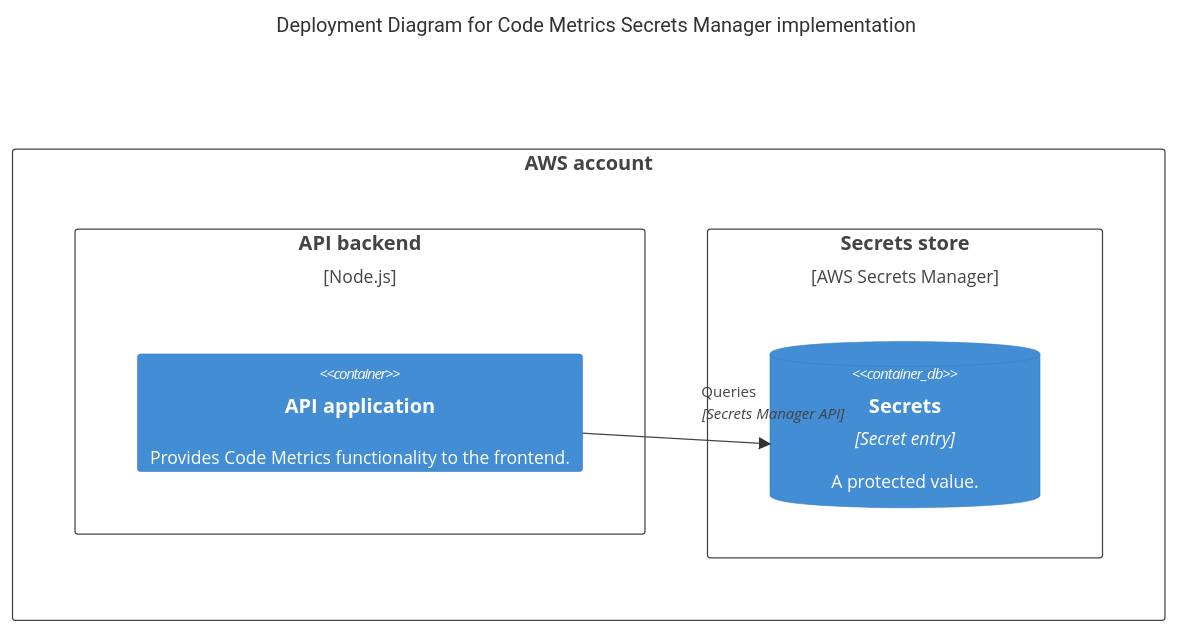
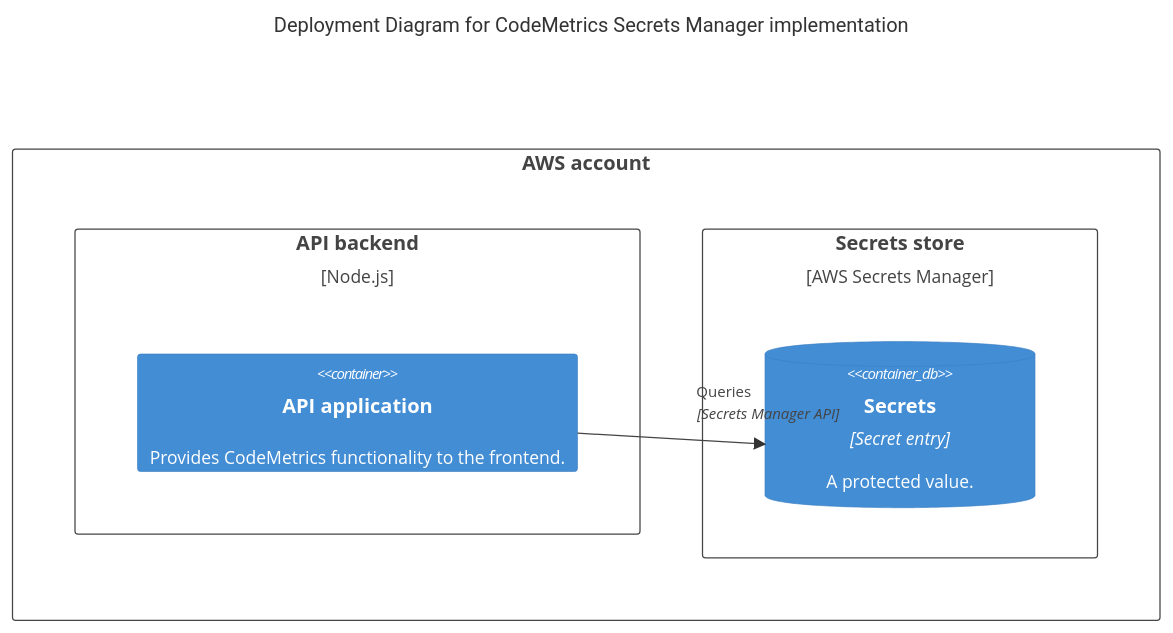
Before and after one commit to code-metrics-project/code-metrics: the diagram in docs/secret_management.md, drawn with Mermaid. The commit also changed other lines of this file and 230 other files, not shown here.

````diff
--- a/docs/secret_management.md
+++ b/docs/secret_management.md
@@ -113,17 +113,17 @@
 ```mermaid
     C4Deployment
-    title Deployment Diagram for Code Metrics Secrets Manager implementation
+    title Deployment Diagram for CodeMetrics Secrets Manager implementation
 
     Deployment_Node(aws, "AWS account", "") {
         Deployment_Node(dn, "API backend", "Node.js") {
-            Container(api, "API application", "", "Provides Code Metrics functionality to the frontend.")
+            Container(api, "API application", "", "Provides CodeMetrics functionality to the frontend.")
         }
         Deployment_Node(sm, "Secrets store", "AWS Secrets Manager") {
             ContainerDb(secrets, "Secrets", "Secret entry", "A protected value.")
         }
     }
 
     Rel(api, secrets, "Queries", "Secrets Manager API")
 
     UpdateRelStyle(api, secrets, $offsetX="20", $offsetY="-40")
 ```
````
